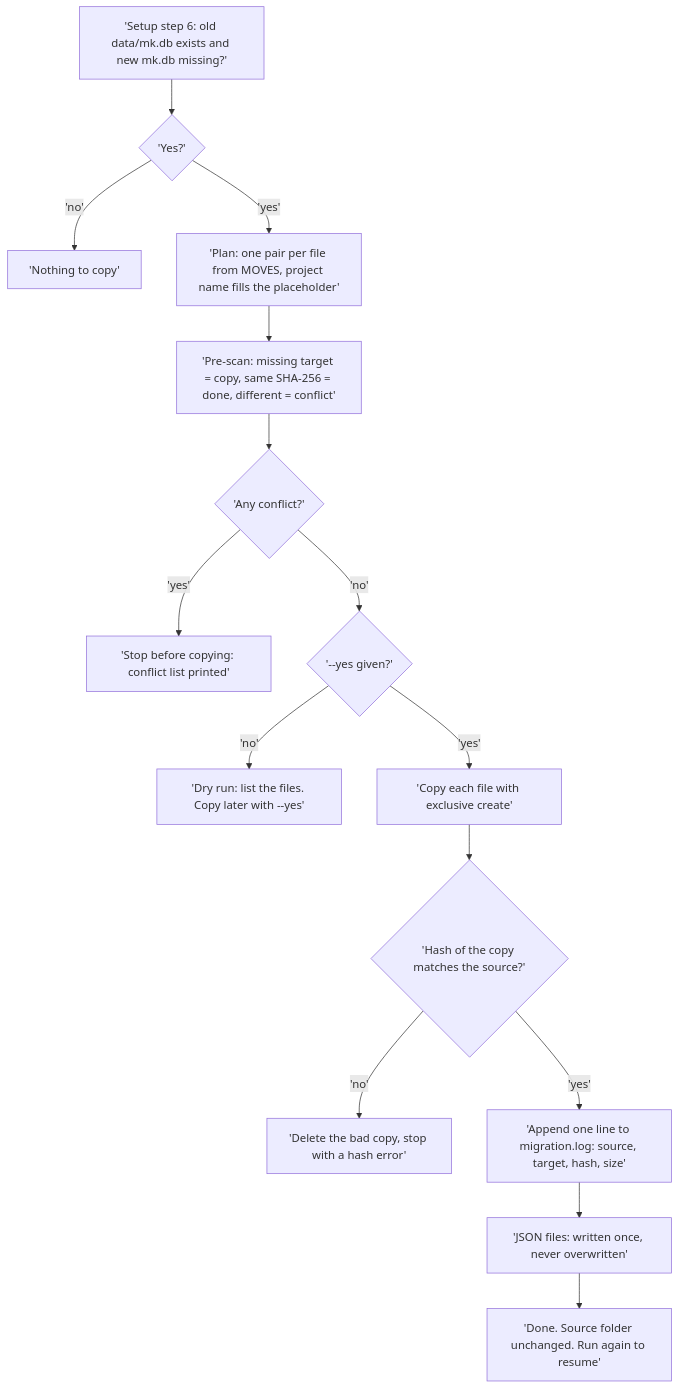
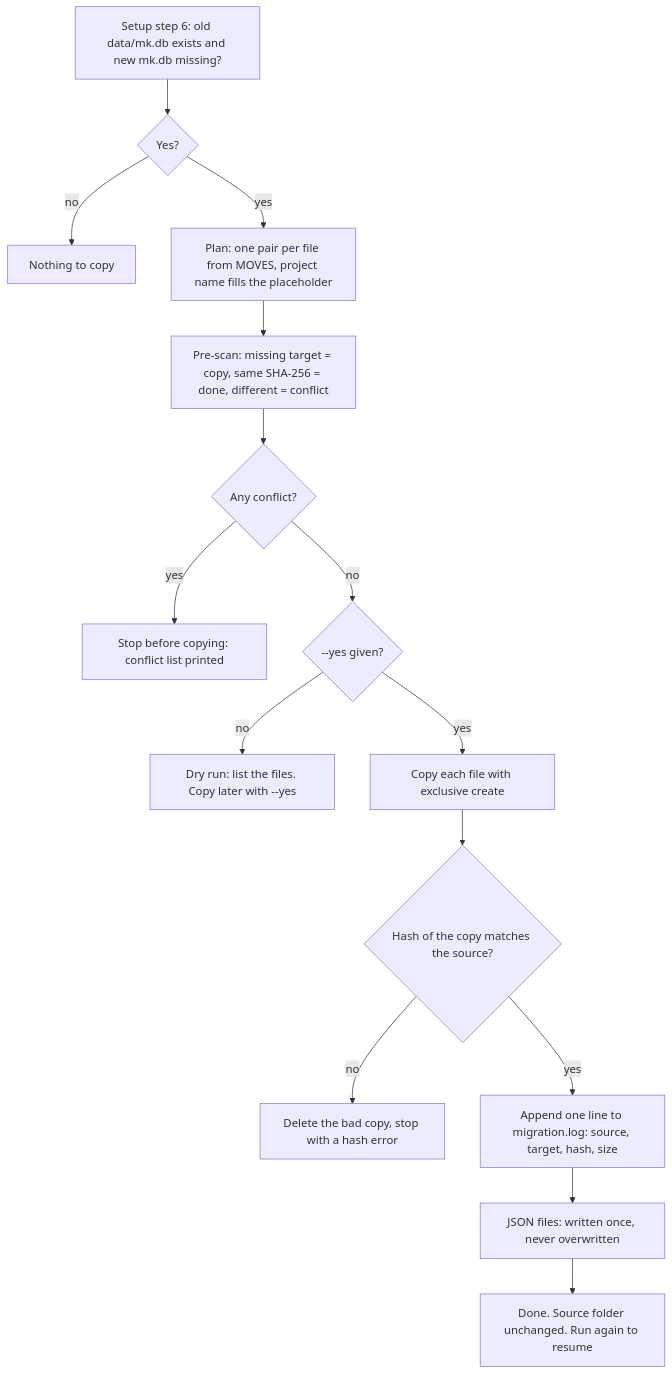
The tenth of 10 diagrams in docs/WORKFLOWS.md (ThanhNVan/gabriel-plugin), drawn with Mermaid before and after one commit. The commit also changed other lines of this file and 20 other files, not shown here.

````diff
--- a/docs/WORKFLOWS.md
+++ b/docs/WORKFLOWS.md
@@ -291,17 +291,17 @@
 ```mermaid
 flowchart TD
-  A['Setup step 6: old data/mk.db exists and new mk.db missing?'] --> D1{'Yes?'}
-  D1 -- 'no' --> N['Nothing to copy']
-  D1 -- 'yes' --> P['Plan: one pair per file from MOVES, project name fills the placeholder']
-  P --> SC['Pre-scan: missing target = copy, same SHA-256 = done, different = conflict']
-  SC --> D2{'Any conflict?'}
-  D2 -- 'yes' --> E1['Stop before copying: conflict list printed']
-  D2 -- 'no' --> D3{'--yes given?'}
-  D3 -- 'no' --> DR['Dry run: list the files. Copy later with --yes']
-  D3 -- 'yes' --> CP['Copy each file with exclusive create']
-  CP --> HC{'Hash of the copy matches the source?'}
-  HC -- 'no' --> E2['Delete the bad copy, stop with a hash error']
-  HC -- 'yes' --> LG['Append one line to migration.log: source, target, hash, size']
-  LG --> JS['JSON files: written once, never overwritten']
-  JS --> DN['Done. Source folder unchanged. Run again to resume']
+  A["Setup step 6: old data/mk.db exists and new mk.db missing?"] --> D1{"Yes?"}
+  D1 -- "no" --> N["Nothing to copy"]
+  D1 -- "yes" --> P["Plan: one pair per file from MOVES, project name fills the placeholder"]
+  P --> SC["Pre-scan: missing target = copy, same SHA-256 = done, different = conflict"]
+  SC --> D2{"Any conflict?"}
+  D2 -- "yes" --> E1["Stop before copying: conflict list printed"]
+  D2 -- "no" --> D3{"--yes given?"}
+  D3 -- "no" --> DR["Dry run: list the files. Copy later with --yes"]
+  D3 -- "yes" --> CP["Copy each file with exclusive create"]
+  CP --> HC{"Hash of the copy matches the source?"}
+  HC -- "no" --> E2["Delete the bad copy, stop with a hash error"]
+  HC -- "yes" --> LG["Append one line to migration.log: source, target, hash, size"]
+  LG --> JS["JSON files: written once, never overwritten"]
+  JS --> DN["Done. Source folder unchanged. Run again to resume"]
 ```
````
